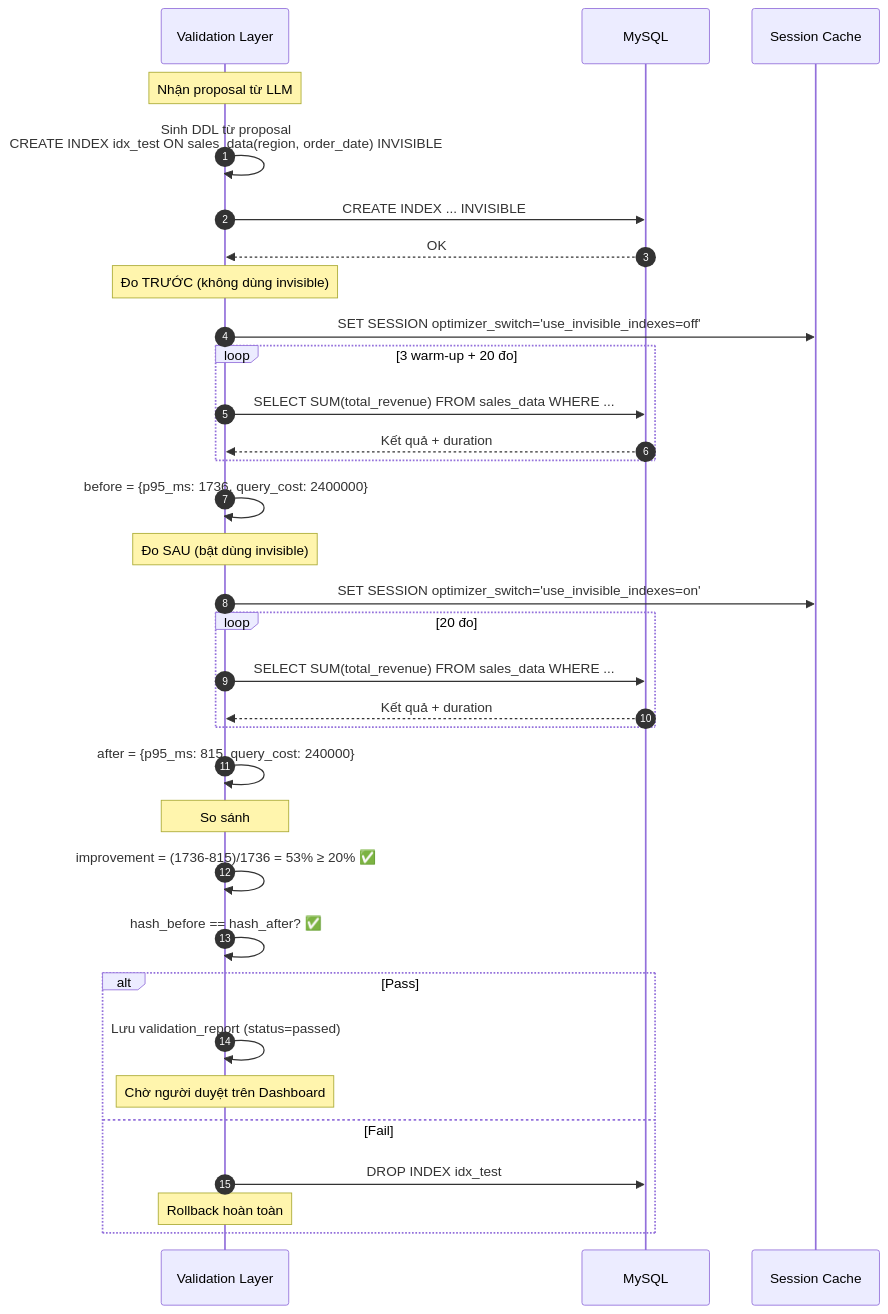
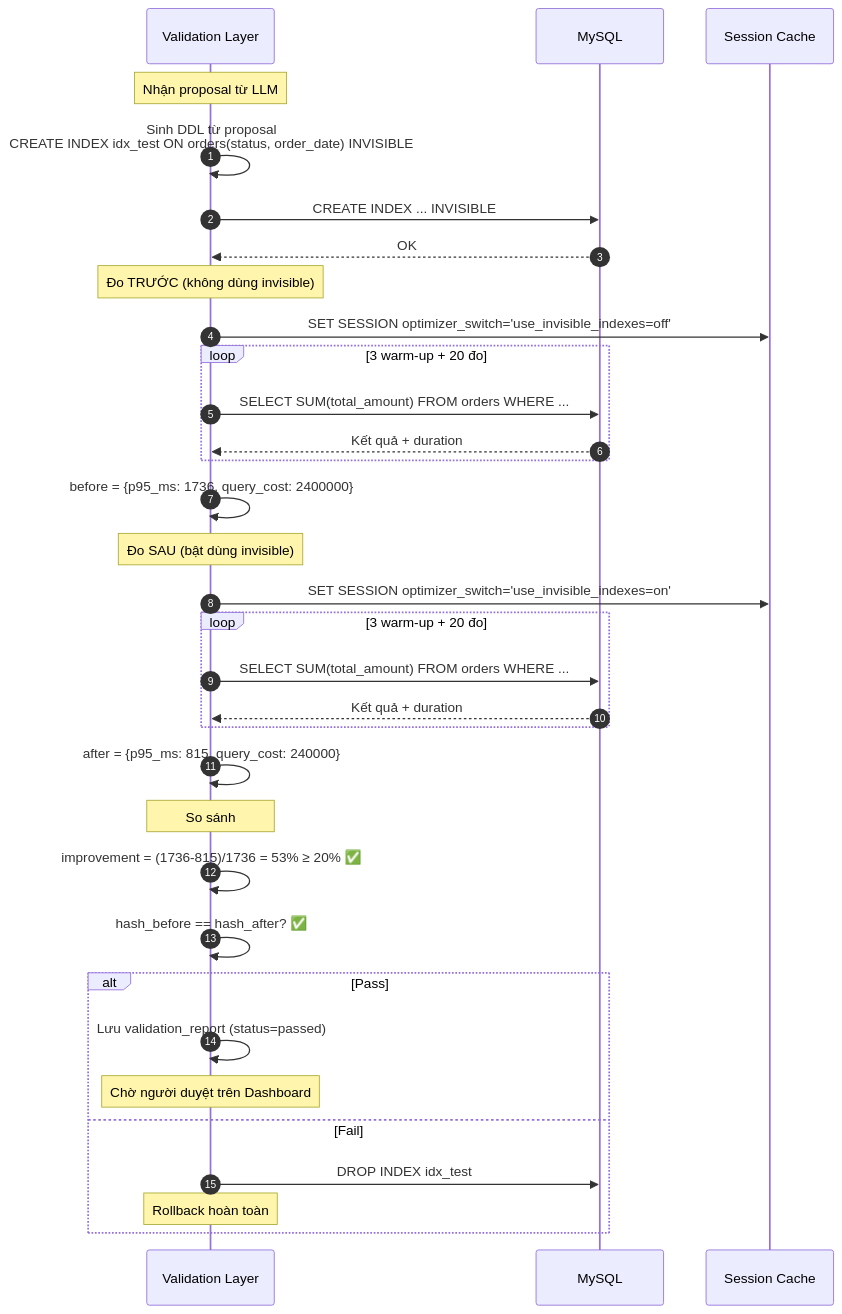
Before and after one commit to lam-vu6868/mcp-slowquery-optimizer: the fifth of 8 diagrams in docs/architecture.md, drawn with Mermaid. The commit also changed other lines of this file and 15 other files, not shown here.

````diff
--- a/docs/architecture.md
+++ b/docs/architecture.md
@@ -376,40 +378,40 @@
 ```mermaid
 sequenceDiagram
     autonumber
     participant V as Validation Layer
     participant DB as MySQL
     participant Cache as Session Cache
 
     Note over V: Nhận proposal từ LLM
-    V->>V: Sinh DDL từ proposal<br/>CREATE INDEX idx_test ON sales_data(region, order_date) INVISIBLE
+    V->>V: Sinh DDL từ proposal<br/>CREATE INDEX idx_test ON orders(status, order_date) INVISIBLE
     V->>DB: CREATE INDEX ... INVISIBLE
     DB-->>V: OK
 
     Note over V: Đo TRƯỚC (không dùng invisible)
     V->>Cache: SET SESSION optimizer_switch='use_invisible_indexes=off'
     loop 3 warm-up + 20 đo
-        V->>DB: SELECT SUM(total_revenue) FROM sales_data WHERE ...
+        V->>DB: SELECT SUM(total_amount) FROM orders WHERE ...
         DB-->>V: Kết quả + duration
     end
     V->>V: before = {p95_ms: 1736, query_cost: 2400000}
 
     Note over V: Đo SAU (bật dùng invisible)
     V->>Cache: SET SESSION optimizer_switch='use_invisible_indexes=on'
-    loop 20 đo
-        V->>DB: SELECT SUM(total_revenue) FROM sales_data WHERE ...
+    loop 3 warm-up + 20 đo
+        V->>DB: SELECT SUM(total_amount) FROM orders WHERE ...
         DB-->>V: Kết quả + duration
     end
     V->>V: after = {p95_ms: 815, query_cost: 240000}
 
     Note over V: So sánh
     V->>V: improvement = (1736-815)/1736 = 53% ≥ 20% ✅
     V->>V: hash_before == hash_after? ✅
 
     alt Pass
         V->>V: Lưu validation_report (status=passed)
         Note over V: Chờ người duyệt trên Dashboard
     else Fail
         V->>DB: DROP INDEX idx_test
         Note over V: Rollback hoàn toàn
     end
 ```
````
